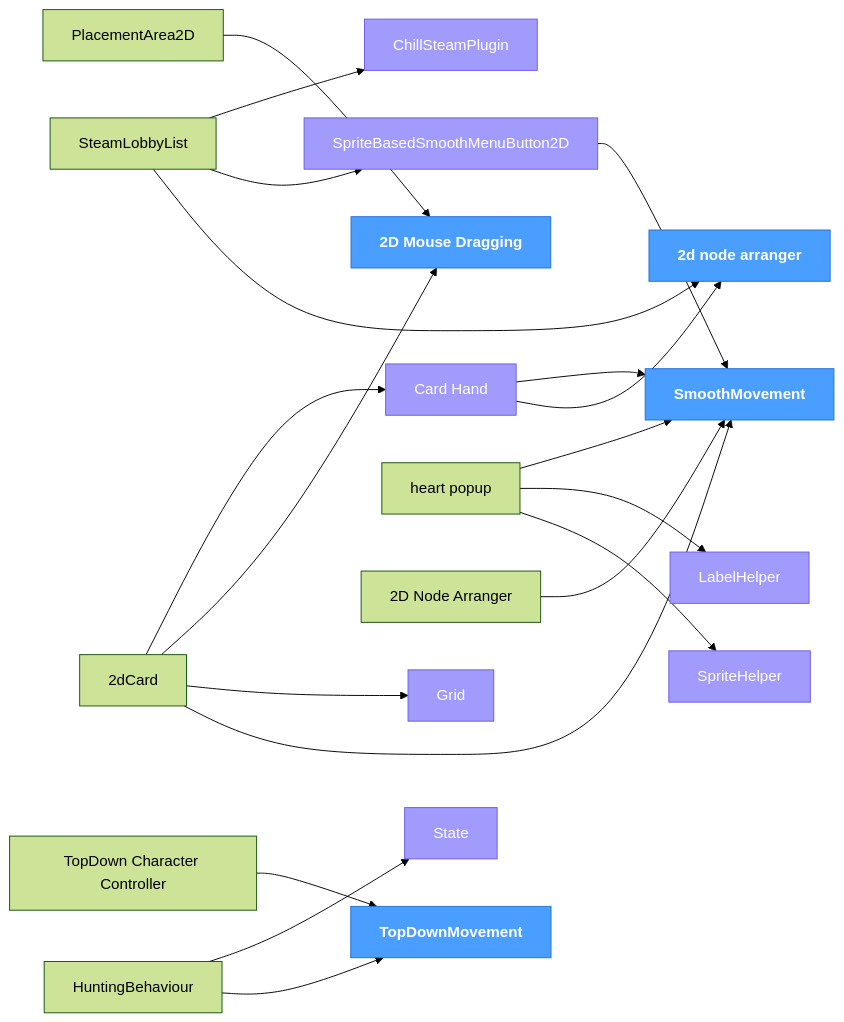
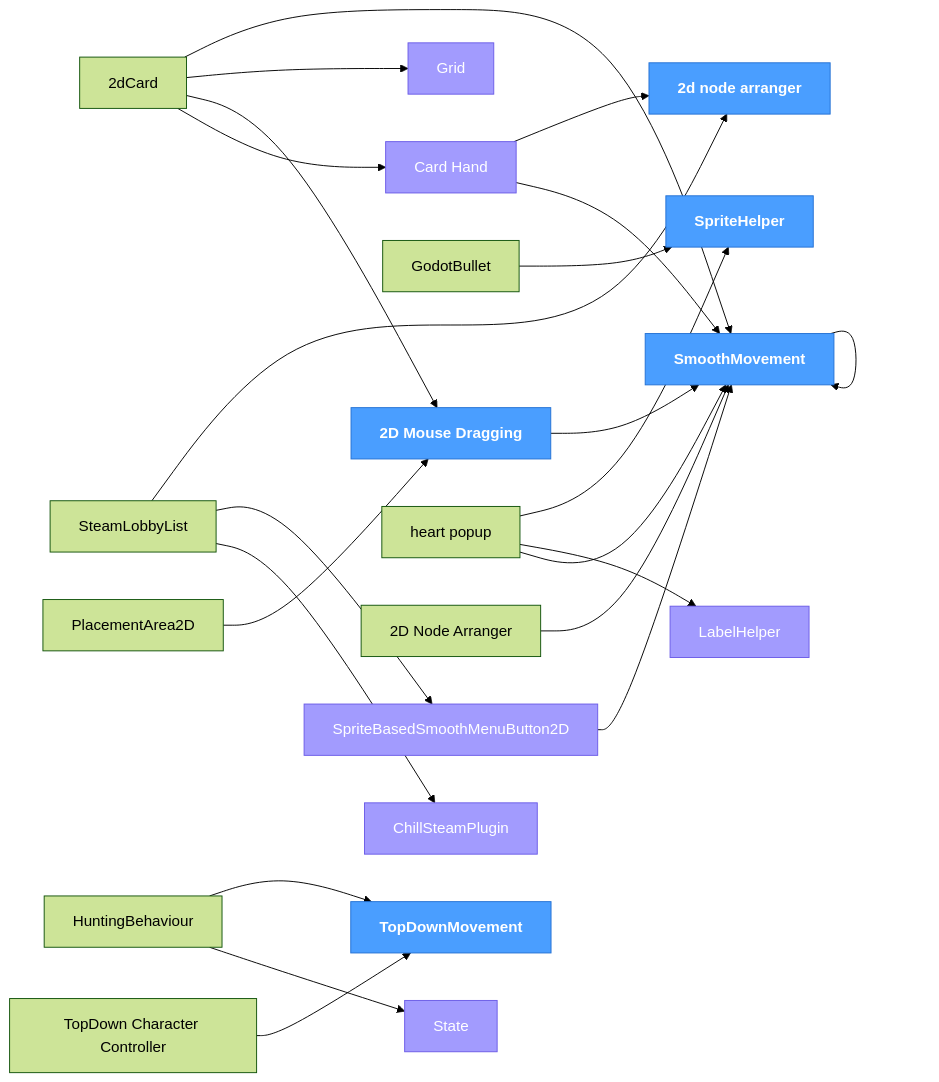
The diagram in ADDONS.md (ChillCube/.github), drawn with Mermaid (forest theme) before and after one commit. The commit also changed other lines of this file, not shown here.

Commit message:
registry: update dependency tree

````diff
--- a/ADDONS.md
+++ b/ADDONS.md
@@ -80,74 +81,79 @@
 ```mermaid
 flowchart LR
     classDef core  fill:#4a9eff,stroke:#2471d4,color:#fff,font-weight:bold
     classDef shared fill:#a29bfe,stroke:#6c5ce7,color:#fff
 
     Card_Hand["Card Hand"]
     ChillSteamPlugin["ChillSteamPlugin"]
     Godot_2D_Mouse_Dragging["2D Mouse Dragging"]
+    GodotBullet["GodotBullet"]
     Godot_Grid["Grid"]
     Godot_SmoothMovement["SmoothMovement"]
     Godot_SpriteBasedSmoothMenuButton2D["SpriteBasedSmoothMenuButton2D"]
     Godot_TopDown_Character_Controller["TopDown Character Controller"]
     heart_popup["heart popup"]
     HuntingBehaviour["HuntingBehaviour"]
     LabelHelper["LabelHelper"]
     n_2dCard["2dCard"]
     n_2d_node_arranger["2d node arranger"]
     n_2D_Node_Arranger["2D Node Arranger"]
     PlacementArea2D["PlacementArea2D"]
     SpriteHelper["SpriteHelper"]
     State["State"]
     SteamLobbyList["SteamLobbyList"]
     TopDownMovement["TopDownMovement"]
 
     Card_Hand --> Godot_SmoothMovement
     Card_Hand --> n_2d_node_arranger
+    Godot_2D_Mouse_Dragging --> Godot_SmoothMovement
+    GodotBullet --> SpriteHelper
+    Godot_SmoothMovement --> Godot_SmoothMovement
     Godot_SpriteBasedSmoothMenuButton2D --> Godot_SmoothMovement
     Godot_TopDown_Character_Controller --> TopDownMovement
     heart_popup --> Godot_SmoothMovement
     heart_popup --> LabelHelper
     heart_popup --> SpriteHelper
     HuntingBehaviour --> State
     HuntingBehaviour --> TopDownMovement
     n_2dCard --> Card_Hand
     n_2dCard --> Godot_2D_Mouse_Dragging
     n_2dCard --> Godot_Grid
     n_2dCard --> Godot_SmoothMovement
     n_2D_Node_Arranger --> Godot_SmoothMovement
     PlacementArea2D --> Godot_2D_Mouse_Dragging
     SteamLobbyList --> ChillSteamPlugin
     SteamLobbyList --> Godot_SpriteBasedSmoothMenuButton2D
     SteamLobbyList --> n_2d_node_arranger
 
     class Card_Hand shared
     class ChillSteamPlugin shared
     class Godot_2D_Mouse_Dragging core
     class Godot_Grid shared
     class Godot_SmoothMovement core
     class Godot_SpriteBasedSmoothMenuButton2D shared
     class LabelHelper shared
     class n_2d_node_arranger core
-    class SpriteHelper shared
+    class SpriteHelper core
     class State shared
     class TopDownMovement core
 
     click Card_Hand href "https://github.com/ChillCube/Card_Hand" _blank
     click ChillSteamPlugin href "https://github.com/ChillCube/ChillSteamPlugin" _blank
     click Godot_2D_Mouse_Dragging href "https://github.com/ChillCube/Godot_2D_Mouse_Dragging" _blank
+    click GodotBullet href "https://github.com/ChillCube/GodotBullet" _blank
     click Godot_Grid href "https://github.com/ChillCube/Godot_Grid" _blank
     click Godot_SmoothMovement href "https://github.com/ChillCube/Godot_SmoothMovement" _blank
     click Godot_SpriteBasedSmoothMenuButton2D href "https://github.com/ChillCube/Godot_SpriteBasedSmoothMenuButton2D" _blank
     click Godot_TopDown_Character_Controller href "https://github.com/ChillCube/Godot_TopDown_Character_Controller" _blank
     click heart_popup href "https://github.com/ChillCube/heart_popup" _blank
     click HuntingBehaviour href "https://github.com/ChillCube/HuntingBehaviour" _blank
     click LabelHelper href "https://github.com/ChillCube/LabelHelper" _blank
     click n_2dCard href "https://github.com/ChillCube/2dCard" _blank
     click n_2d_node_arranger href "https://github.com/ChillCube/2d_node_arranger" _blank
     click n_2D_Node_Arranger href "https://github.com/ChillCube/2d_node_arranger" _blank
     click PlacementArea2D href "https://github.com/ChillCube/PlacementArea2D" _blank
     click SpriteHelper href "https://github.com/ChillCube/SpriteHelper" _blank
     click State href "https://github.com/ChillCube/State" _blank
     click SteamLobbyList href "https://github.com/ChillCube/SteamLobbyList" _blank
     click TopDownMovement href "https://github.com/ChillCube/TopDownMovement" _blank
 ```
````
